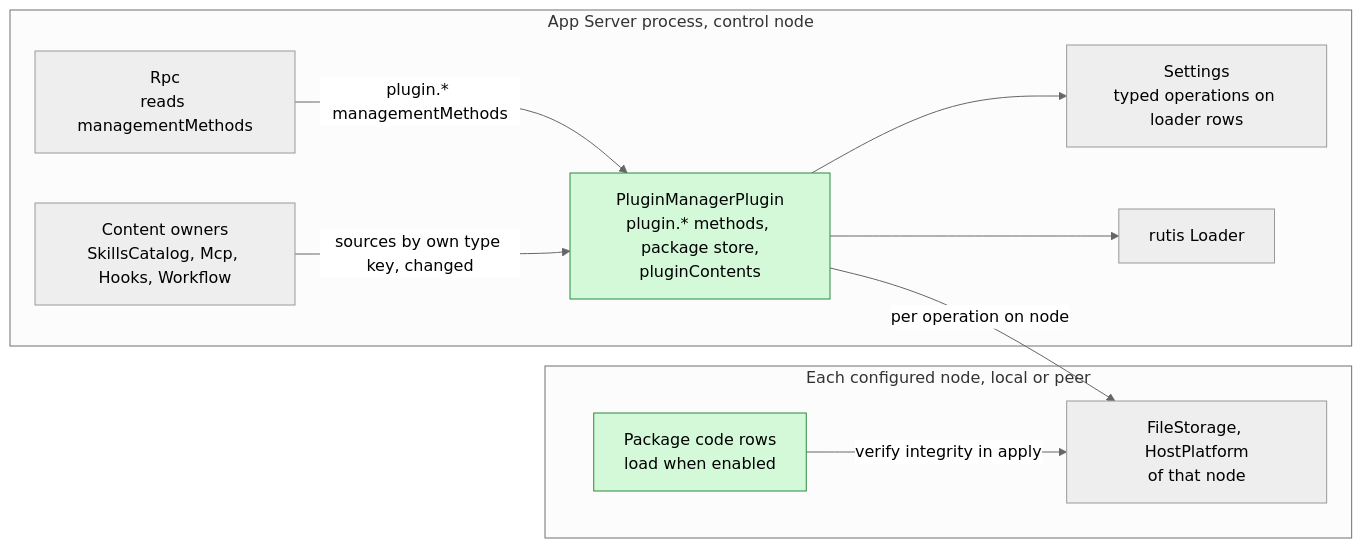
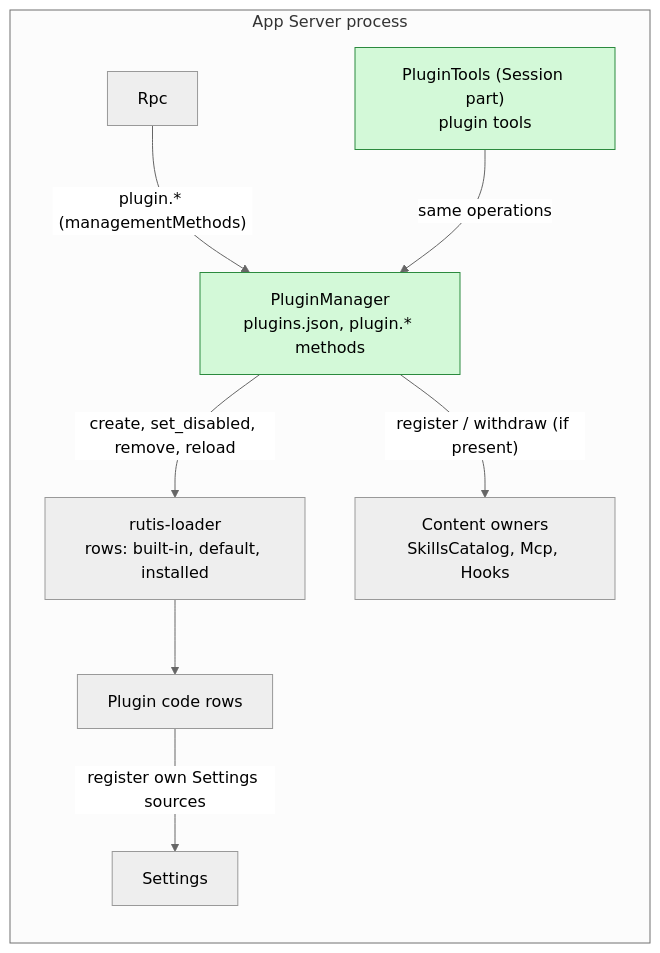
One commit to CoutinhoTTS/dim-agent changed the diagram in docs/design/plugins/PluginManager.md. Above: the diagram before and after it, drawn with Mermaid (neutral theme). The commit also changed other lines of this file and 13 other files, not shown here.

First line of the commit message:
docs(plugins): rewrite PluginManager on PluginManager-owned configuration

````diff
--- a/docs/design/plugins/PluginManager.md
+++ b/docs/design/plugins/PluginManager.md
@@ -13,21 +26,19 @@
 ```mermaid
 flowchart LR
-  subgraph CN["App Server process, control node"]
-    PM["PluginManagerPlugin<br/>plugin.* methods, package store,<br/>pluginContents"]:::new
-    SET["Settings<br/>typed operations on loader rows"]
-    LOADER["rutis Loader"]
-    RPC["Rpc<br/>reads managementMethods"]
-    CONS["Content owners<br/>SkillsCatalog, Mcp, Hooks, Workflow"]
+  subgraph AS["App Server process"]
+    PM["PluginManager<br/>plugins.json, plugin.* methods"]:::new
+    LOADER["rutis-loader<br/>rows: built-in, default, installed"]
+    RPC["Rpc"]
+    OWN["Content owners<br/>SkillsCatalog, Mcp, Hooks"]
+    SET["Settings"]
+    CODE["Plugin code rows"]
+    PT["PluginTools (Session part)<br/>plugin tools"]:::new
   end
-  subgraph NODE["Each configured node, local or peer"]
-    SVC["FileStorage, HostPlatform<br/>of that node"]
-    CODE["Package code rows<br/>load when enabled"]:::new
-  end
-  PM --> SET
-  PM --> LOADER
-  PM -->|"per operation on node"| SVC
-  RPC -->|"plugin.* managementMethods"| PM
-  CONS -->|"sources by own type key, changed"| PM
-  CODE -->|"verify integrity in apply"| SVC
+  RPC -->|"plugin.* (managementMethods)"| PM
+  PM -->|"create, set_disabled, remove, reload"| LOADER
+  LOADER --> CODE
+  PM -->|"register / withdraw (if present)"| OWN
+  CODE -->|"register own Settings sources"| SET
+  PT -->|"same operations"| PM
   classDef new fill:#d3f9d8,stroke:#2b8a3e,color:#000
 ```
````
